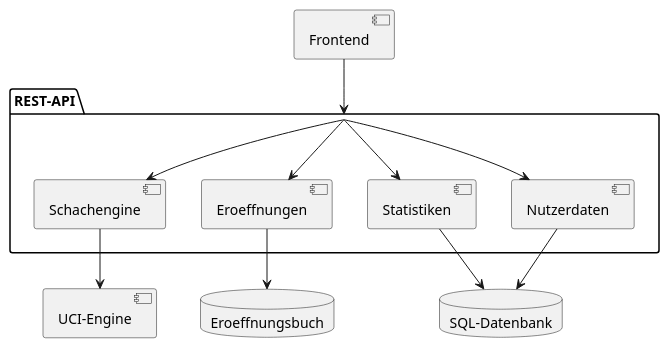
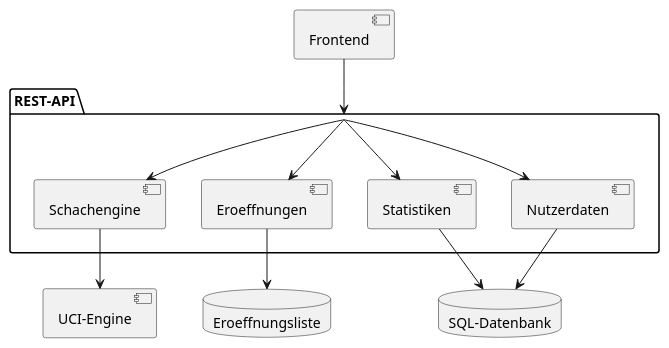
Before and after one commit to MaarxS/chess-opening-training-paper: the diagram in images/diagrams/components.puml, drawn with PlantUML. The commit also changed 5 other files, not shown here.

```diff
--- a/images/diagrams/components.puml
+++ b/images/diagrams/components.puml
@@ -1,24 +1,24 @@
 @startuml
 [Frontend]
 package "REST-API" as API {
   [Schachengine]
   [Eroeffnungen]
   [Nutzerdaten]
   [Statistiken]
 }
 [UCI-Engine] as uci
-database Eroeffnungsbuch as buch
+database Eroeffnungsliste as liste
 database "SQL-Datenbank" as sql
 
 Frontend --> API
 API --> Schachengine
 API --> Eroeffnungen
 API --> Nutzerdaten
 API --> Statistiken
 
 Schachengine --> uci
-Eroeffnungen --> buch
+Eroeffnungen --> liste
 Nutzerdaten --> sql
 Statistiken --> sql
 
 @enduml
```
